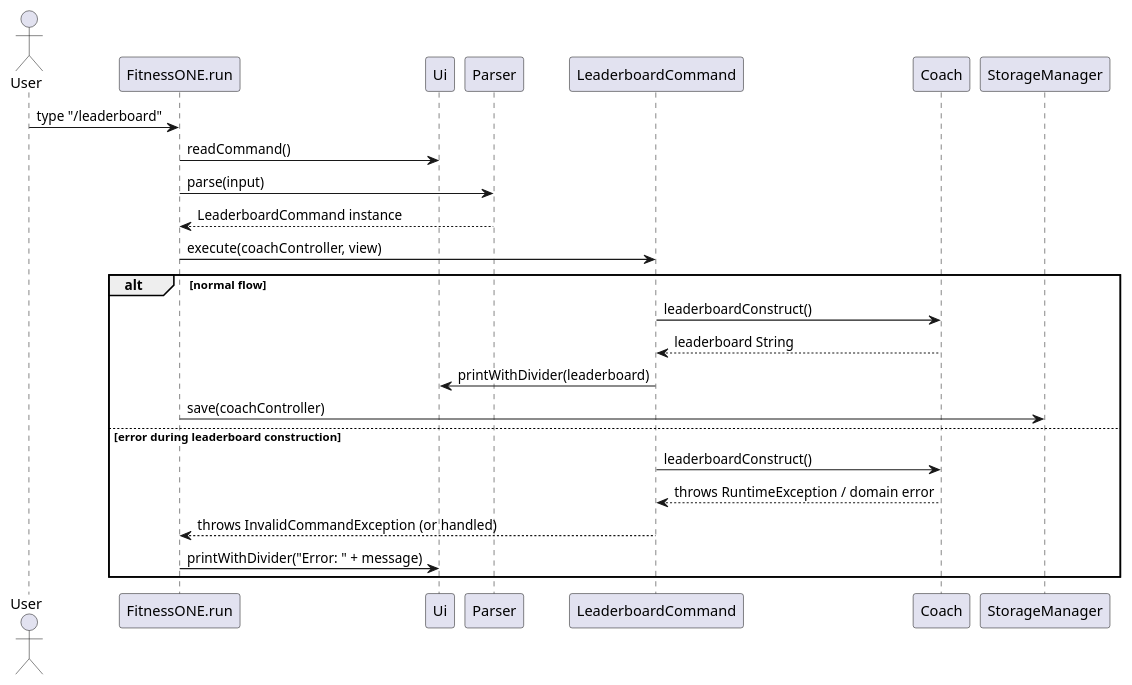
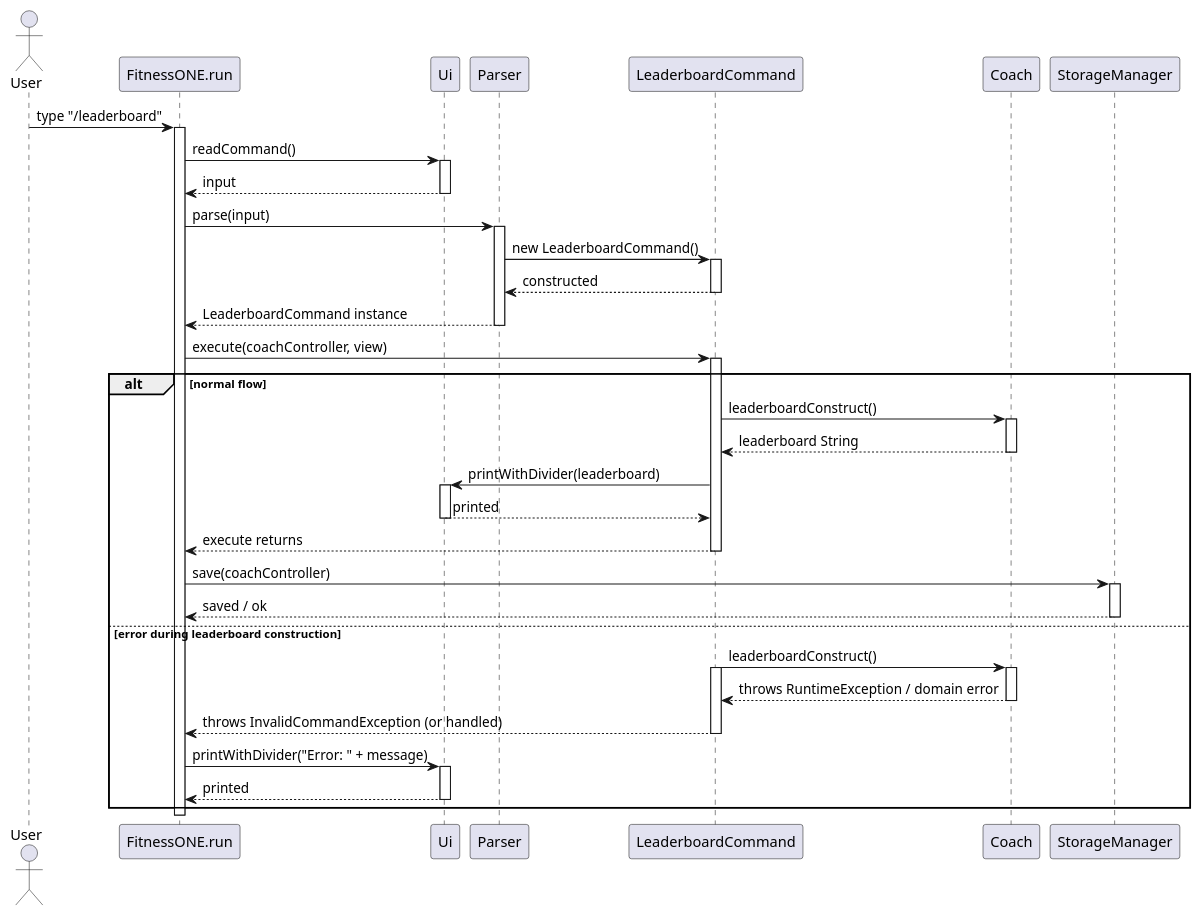
The diagram in docs/diagrams/Leaderboard_sequence.puml (AY2526S1-CS2113-W14-1/tp), drawn with PlantUML before and after one commit. The commit also changed 22 other files, not shown here.

Commit message:
modification after PE-dry run 1. indentation for printing new session 2. adding activation bar 3. adding exception to redundant inputs 4. adjusting inputs with extra space

```diff
--- a/docs/diagrams/Leaderboard_sequence.puml
+++ b/docs/diagrams/Leaderboard_sequence.puml
@@ -1,27 +1,64 @@
 @startuml
 actor User
 participant FitnessONE as "FitnessONE.run"
 participant Ui as "Ui"
 participant Parser as "Parser"
 participant LeaderboardCmd as "LeaderboardCommand"
 participant Coach as "Coach"
 participant Storage as "StorageManager"
 
 User -> FitnessONE : type "/leaderboard"
+activate FitnessONE
+
 FitnessONE -> Ui : readCommand()
+activate Ui
+Ui --> FitnessONE : input
+deactivate Ui
+
 FitnessONE -> Parser : parse(input)
+activate Parser
+' Parser constructs the command so the command's activation bar is attached to its header
+Parser -> LeaderboardCmd ++ : new LeaderboardCommand()
+LeaderboardCmd --> Parser -- : constructed
 Parser --> FitnessONE : LeaderboardCommand instance
+deactivate Parser
+
 FitnessONE -> LeaderboardCmd : execute(coachController, view)
+activate LeaderboardCmd
 
 alt normal flow
     LeaderboardCmd -> Coach : leaderboardConstruct()
+    activate Coach
     Coach --> LeaderboardCmd : leaderboard String
+    deactivate Coach
+
     LeaderboardCmd -> Ui : printWithDivider(leaderboard)
+    activate Ui
+    Ui --> LeaderboardCmd : printed
+    deactivate Ui
+
+    LeaderboardCmd --> FitnessONE : execute returns
+    deactivate LeaderboardCmd
+
     FitnessONE -> Storage : save(coachController)
+    activate Storage
+    Storage --> FitnessONE : saved / ok
+    deactivate Storage
 else error during leaderboard construction
     LeaderboardCmd -> Coach : leaderboardConstruct()
+    activate LeaderboardCmd
+    activate Coach
     Coach --> LeaderboardCmd : throws RuntimeException / domain error
+    deactivate Coach
+
     LeaderboardCmd --> FitnessONE : throws InvalidCommandException (or handled)
+    deactivate LeaderboardCmd
+
     FitnessONE -> Ui : printWithDivider("Error: " + message)
+    activate Ui
+    Ui --> FitnessONE : printed
+    deactivate Ui
 end
+
+deactivate FitnessONE
 @enduml
```
